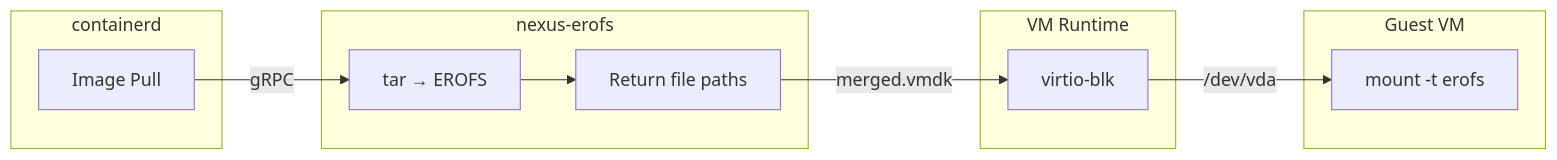
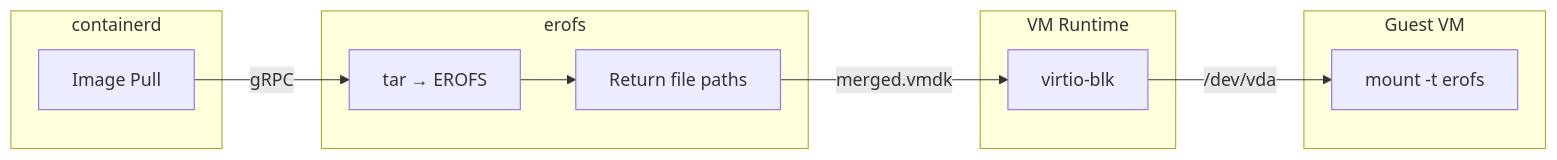
The first of 2 diagrams in README.md (aledbf/nexuserofs), drawn with Mermaid before and after one commit. The commit also changed other lines of this file and 44 other files, not shown here.

````diff
--- a/README.md
+++ b/README.md
@@ -76,24 +76,24 @@
 ```mermaid
 flowchart LR
     subgraph containerd
         Pull[Image Pull]
     end
 
-    subgraph nexus["nexus-erofs"]
+    subgraph spin["erofs"]
         Differ[tar → EROFS]
         Snap[Return file paths]
     end
 
     subgraph vm["VM Runtime"]
         QEMU[virtio-blk]
     end
 
     subgraph guest["Guest VM"]
         Mount[mount -t erofs]
     end
 
     Pull -->|gRPC| Differ
     Differ --> Snap
     Snap -->|"merged.vmdk"| QEMU
     QEMU -->|/dev/vda| Mount
 ```
````
